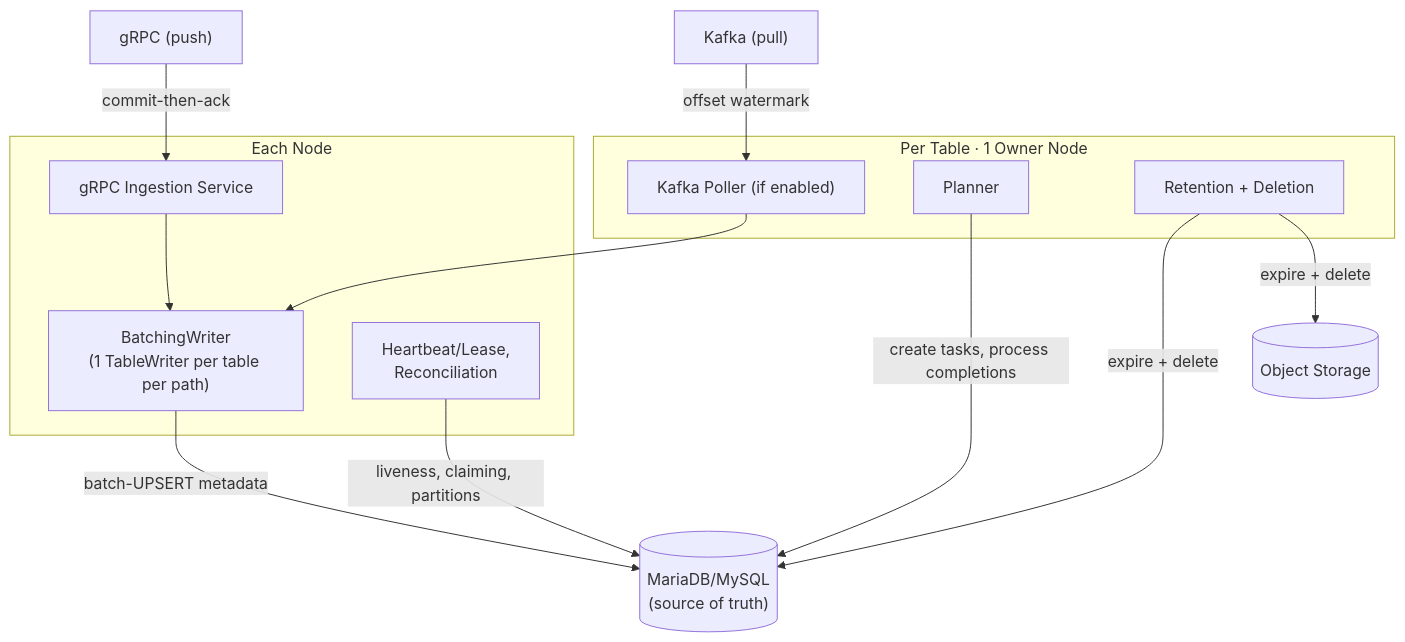
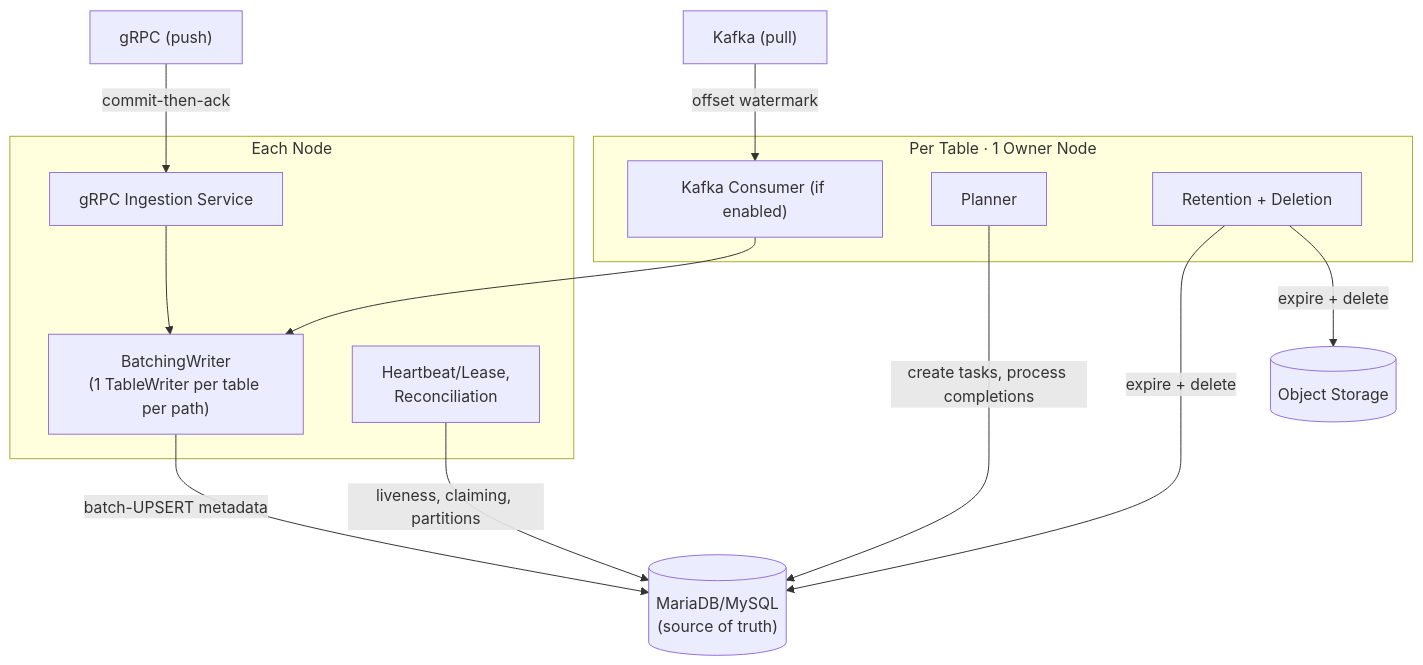
The first of 2 diagrams in README.md (y-scope/metalog), drawn with Mermaid before and after one commit. The commit also changed other lines of this file and 10 other files, not shown here.

````diff
--- a/README.md
+++ b/README.md
@@ -82,24 +82,24 @@
 ```mermaid
 flowchart TD
     gRPC["gRPC (push)"] -->|"commit-then-ack"| GrpcSvc
-    Kafka["Kafka (pull)"] -->|"offset watermark"| Poller
+    Kafka["Kafka (pull)"] -->|"offset watermark"| KafkaConsumer
 
     subgraph Owner["Per Table · 1 Owner Node"]
-        Poller["Kafka Poller (if enabled)"]
+        KafkaConsumer["Kafka Consumer (if enabled)"]
         Planner
         Cleanup["Retention + Deletion"]
     end
 
     subgraph Node["Each Node"]
         GrpcSvc["gRPC Ingestion Service"]
         BW["BatchingWriter<br/>(1 TableWriter per table per path)"]
         HAAll["Heartbeat/Lease,<br/>Reconciliation"]
     end
 
     GrpcSvc --> BW
-    Poller --> BW
+    KafkaConsumer --> BW
     BW -- "batch-UPSERT metadata" --> DB[("MariaDB/MySQL<br/>(source of truth)")]
     Planner -- "create tasks, process completions" --> DB
     HAAll -- "liveness, claiming, partitions" --> DB
     Cleanup -- "expire + delete" --> DB & S3[("Object Storage")]
 ```
````
